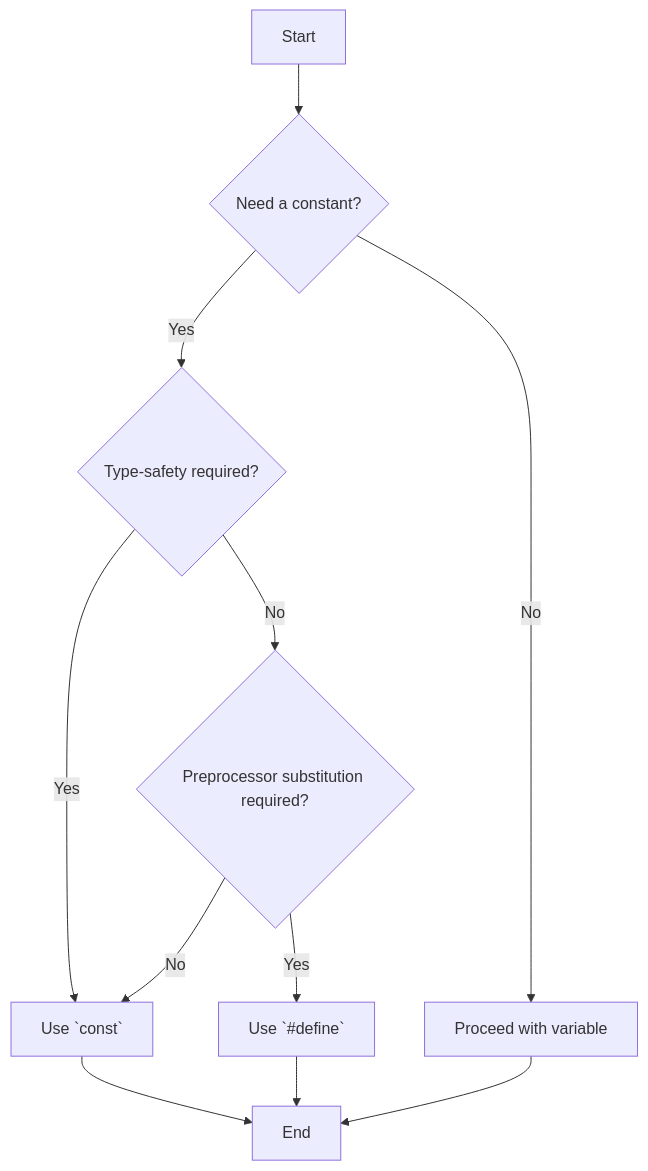
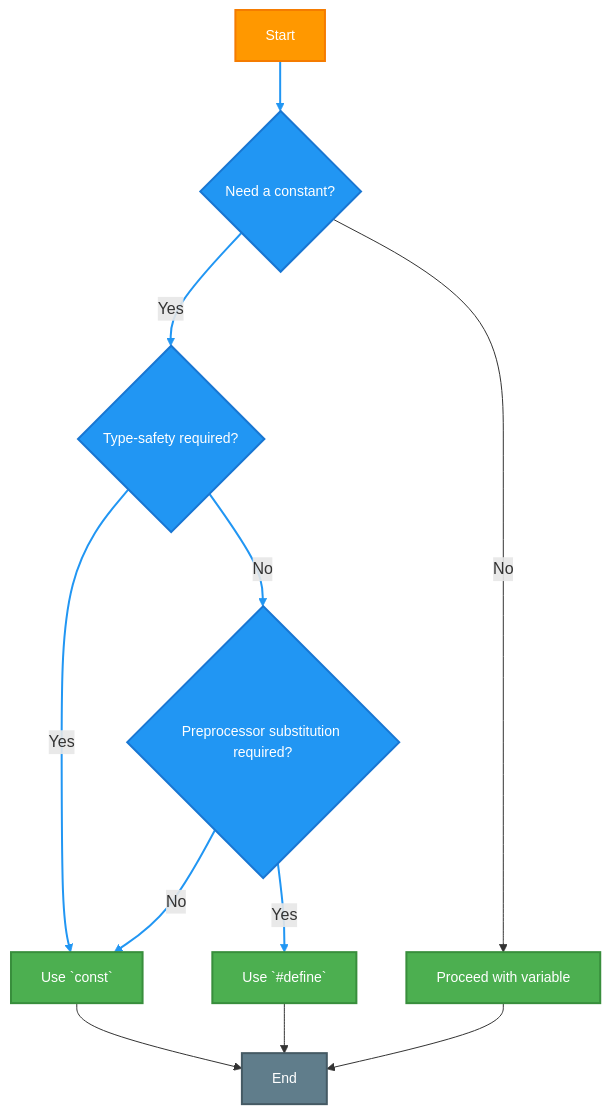
Before and after one commit to infoyouth/infoyouth.github.io: diagram 12 of 12 in _posts/2024-12-20-13.-c-preprocessor.md, drawn with Mermaid. The commit also changed other lines of this file, not shown here.

````diff
--- a/_posts/2024-12-20-13.-c-preprocessor.md
+++ b/_posts/2024-12-20-13.-c-preprocessor.md
@@ -2269,14 +2546,36 @@
 ```mermaid
 flowchart TD
     A[Start] --> B{Need a constant?};
     B -- Yes --> C{Type-safety required?};
     C -- Yes --> D[Use `const`];
     C -- No --> E{Preprocessor substitution required?};
     E -- Yes --> F[Use `#define`];
-     E -- No --> D;
+    E -- No --> D;
     B -- No --> G[Proceed with variable];
     D --> H[End];
     F --> H;
     G --> H;
-    
+
+    class A start;
+    class B decision;
+    class C decision;
+    class D action;
+    class E decision;
+    class F action;
+    class G action;
+    class H process;
+
+    classDef start fill:#FF9800,stroke:#F57C00,stroke-width:2px,color:#FFFFFF,font-size:14px,corner-radius:10px;
+    classDef decision fill:#2196F3,stroke:#1976D2,stroke-width:2px,color:#FFFFFF,font-size:14px,corner-radius:10px;
+    classDef action fill:#4CAF50,stroke:#388E3C,stroke-width:2px,color:#FFFFFF,font-size:14px,corner-radius:10px;
+    classDef process fill:#607D8B,stroke:#455A64,stroke-width:2px,color:#FFFFFF,font-size:14px,corner-radius:10px;
+
+    linkStyle 0 stroke:#2196F3,stroke-width:2px;
+    linkStyle 1 stroke:#2196F3,stroke-width:2px;
+    linkStyle 2 stroke:#2196F3,stroke-width:2px;
+    linkStyle 3 stroke:#2196F3,stroke-width:2px;
+    linkStyle 4 stroke:#2196F3,stroke-width:2px;
+    linkStyle 5 stroke:#2196F3,stroke-width:2px;
+
+
 ```
````
